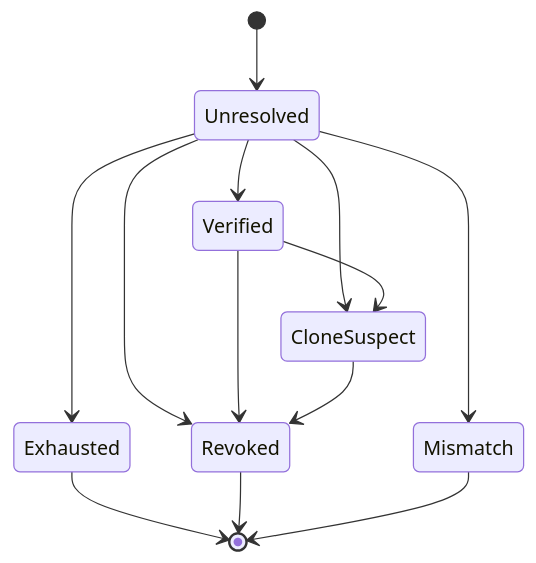
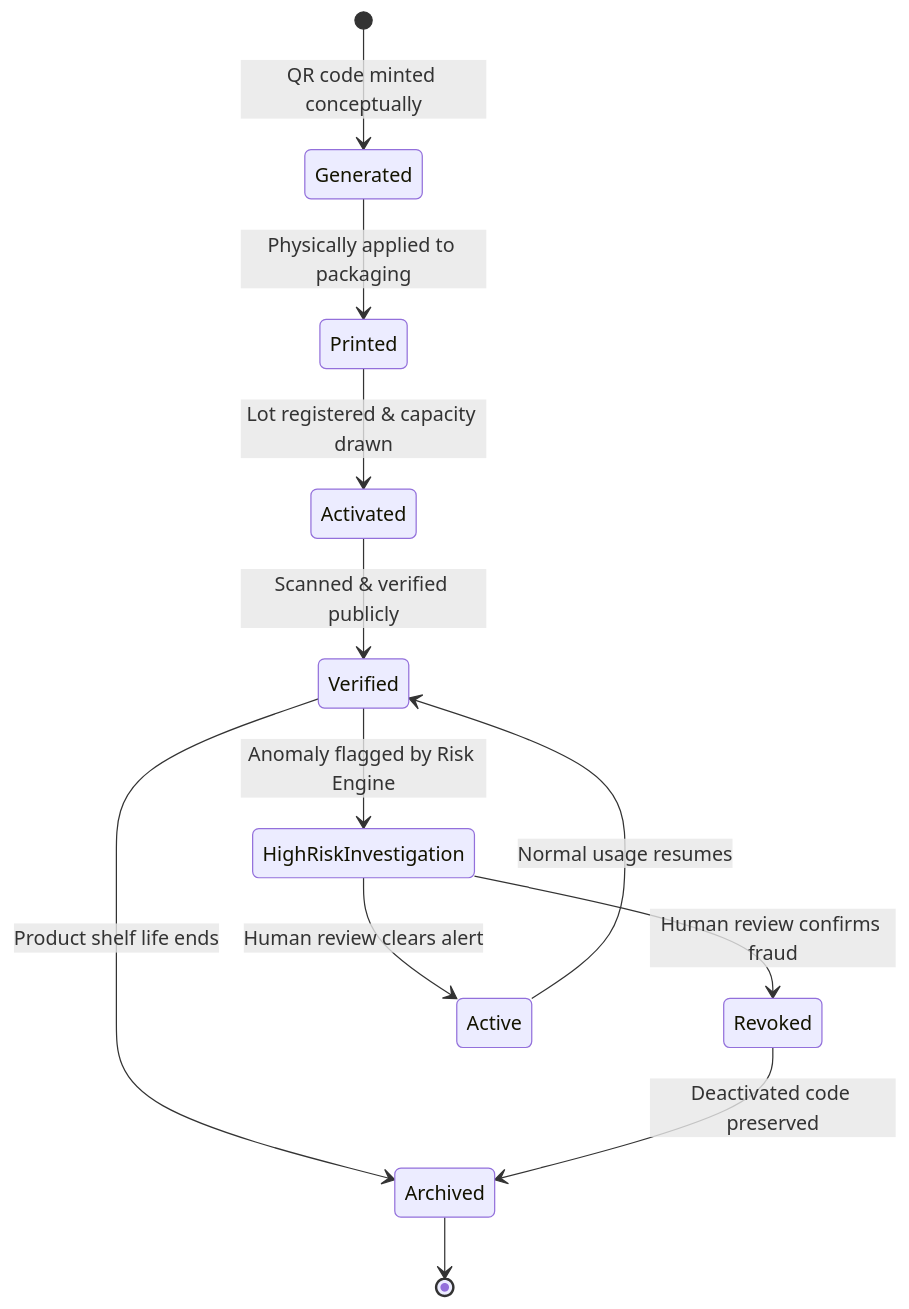
Before and after one commit to Nandu1729/CapMint: the fourth of 6 diagrams in architecture/sequence/DATA_FLOW.md, drawn with Mermaid. The commit also changed other lines of this file and 7 other files, not shown here.

Commit message:
refactor: replace clone detection with Verification + Risk Assessment + Human Review model in architecture docs

````diff
--- a/architecture/sequence/DATA_FLOW.md
+++ b/architecture/sequence/DATA_FLOW.md
@@ -259,15 +239,14 @@
 ```mermaid
 stateDiagram-v2
-    [*] --> Unresolved
-    Unresolved --> Verified
-    Unresolved --> Mismatch
-    Unresolved --> CloneSuspect
-    Unresolved --> Revoked
-    Unresolved --> Exhausted
-    Verified --> CloneSuspect
-    Verified --> Revoked
-    CloneSuspect --> Revoked
-    Exhausted --> [*]
-    Revoked --> [*]
-    Mismatch --> [*]
+    [*] --> Generated : QR code minted conceptually
+    Generated --> Printed : Physically applied to packaging
+    Printed --> Activated : Lot registered & capacity drawn
+    Activated --> Verified : Scanned & verified publicly
+    Verified --> HighRiskInvestigation : Anomaly flagged by Risk Engine
+    HighRiskInvestigation --> Revoked : Human review confirms fraud
+    HighRiskInvestigation --> Active : Human review clears alert
+    Active --> Verified : Normal usage resumes
+    Verified --> Archived : Product shelf life ends
+    Revoked --> Archived : Deactivated code preserved
+    Archived --> [*]
 ```
````
